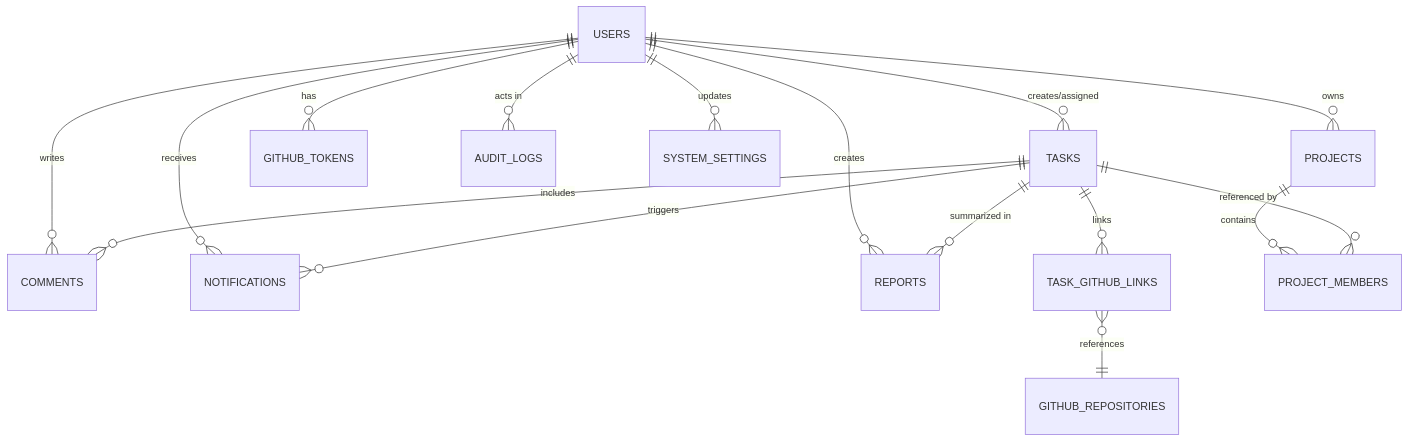
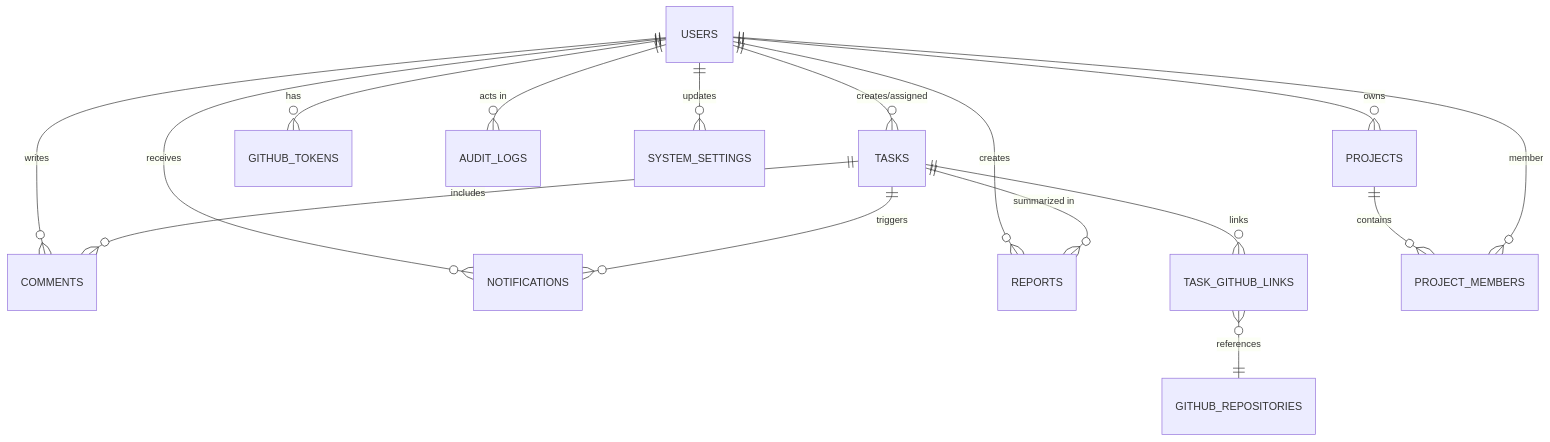
One commit to AhmedIkram05/devsync changed the fifth of 5 diagrams in docs/deep-dives.md. Above: the diagram before and after it, drawn with Mermaid. The commit also changed other lines of this file, not shown here.

````diff
--- a/docs/deep-dives.md
+++ b/docs/deep-dives.md
@@ -253,18 +325,18 @@
 ```mermaid
 erDiagram
     USERS ||--o{ TASKS : "creates/assigned"
     USERS ||--o{ PROJECTS : "owns"
     USERS ||--o{ COMMENTS : "writes"
     USERS ||--o{ NOTIFICATIONS : "receives"
     USERS ||--o{ GITHUB_TOKENS : "has"
     USERS ||--o{ REPORTS : "creates"
     USERS ||--o{ AUDIT_LOGS : "acts in"
     USERS ||--o{ SYSTEM_SETTINGS : "updates"
     TASKS ||--o{ COMMENTS : "includes"
     TASKS ||--o{ NOTIFICATIONS : "triggers"
     TASKS ||--o{ TASK_GITHUB_LINKS : "links"
     PROJECTS ||--o{ PROJECT_MEMBERS : "contains"
-    TASKS ||--o{ PROJECT_MEMBERS : "referenced by"
+    PROJECT_MEMBERS }o--|| USERS : "member"
     TASK_GITHUB_LINKS }o--|| GITHUB_REPOSITORIES : "references"
     TASKS ||--o{ REPORTS : "summarized in"
 ```
````
